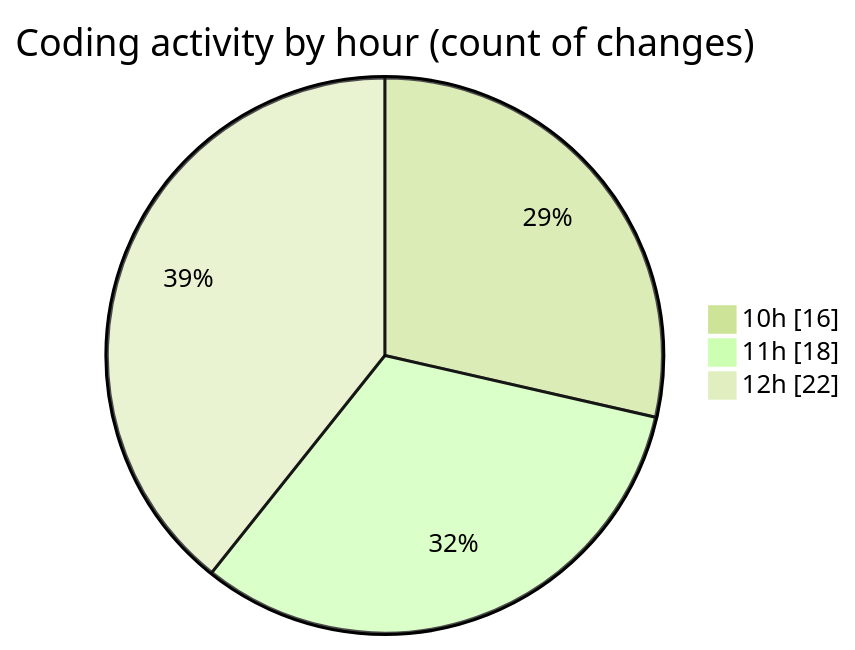
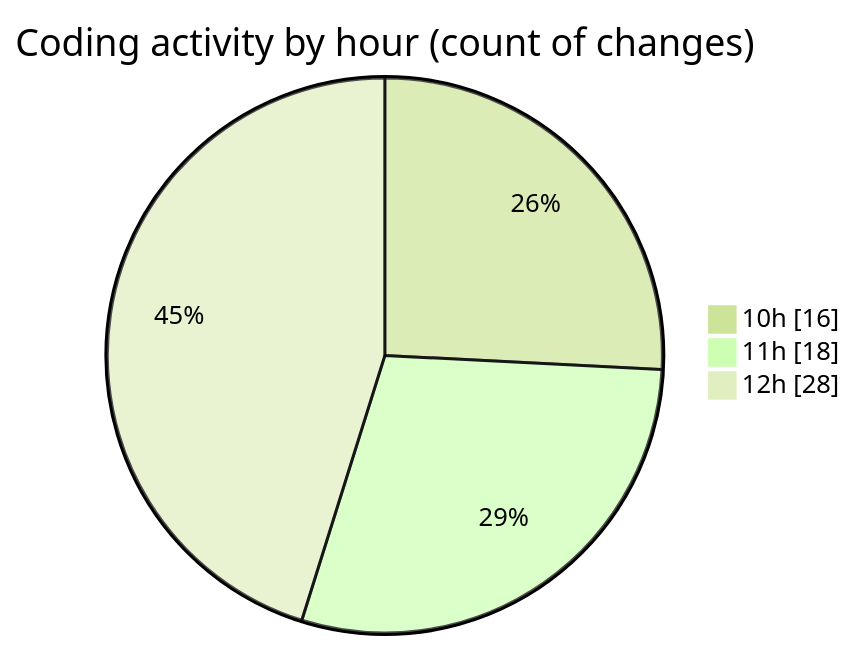
The second of 2 diagrams in 2026-05-06/cda/README.md (momahboobian/code-tracking), drawn with Mermaid (forest theme) before and after one commit. The commit also changed other lines of this file and 1 other file, not shown here.

````diff
--- a/2026-05-06/cda/README.md
+++ b/2026-05-06/cda/README.md
@@ -49,7 +49,7 @@
 ```mermaid
 pie showData
 title Coding activity by hour (count of changes)
 "10h" : 16
 "11h" : 18
-"12h" : 22
+"12h" : 28
 ```
````
